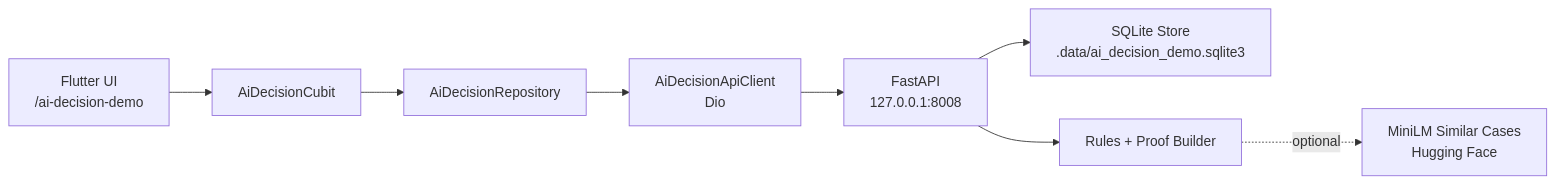
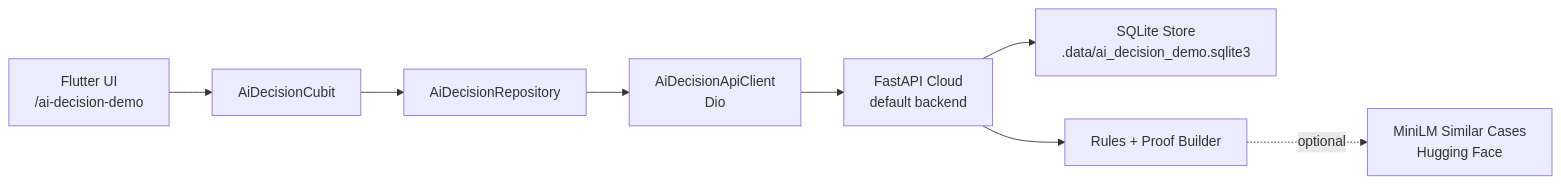
Before and after one commit to redjadet/flutter_bloc_app: the diagram in docs/ai_decision_workbench.md, drawn with Mermaid. The commit also changed other lines of this file and 11 other files, not shown here.

First line of the commit message:
feat(ai-decision): default to hosted API

````diff
--- a/docs/ai_decision_workbench.md
+++ b/docs/ai_decision_workbench.md
@@ -34,10 +34,10 @@
 ```mermaid
 flowchart LR
   UI["Flutter UI<br/>/ai-decision-demo"] --> Cubit["AiDecisionCubit"]
   Cubit --> Repo["AiDecisionRepository"]
   Repo --> Client["AiDecisionApiClient<br/>Dio"]
-  Client --> API["FastAPI<br/>127.0.0.1:8008"]
+  Client --> API["FastAPI Cloud<br/>default backend"]
   API --> Store["SQLite Store<br/>.data/ai_decision_demo.sqlite3"]
   API --> Score["Rules + Proof Builder"]
   Score -. optional .-> MiniLM["MiniLM Similar Cases<br/>Hugging Face"]
 ```
````
